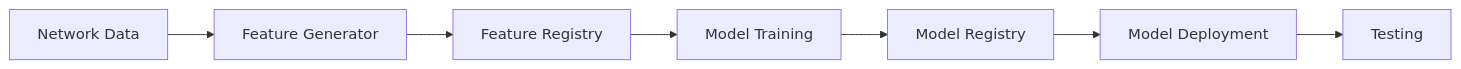
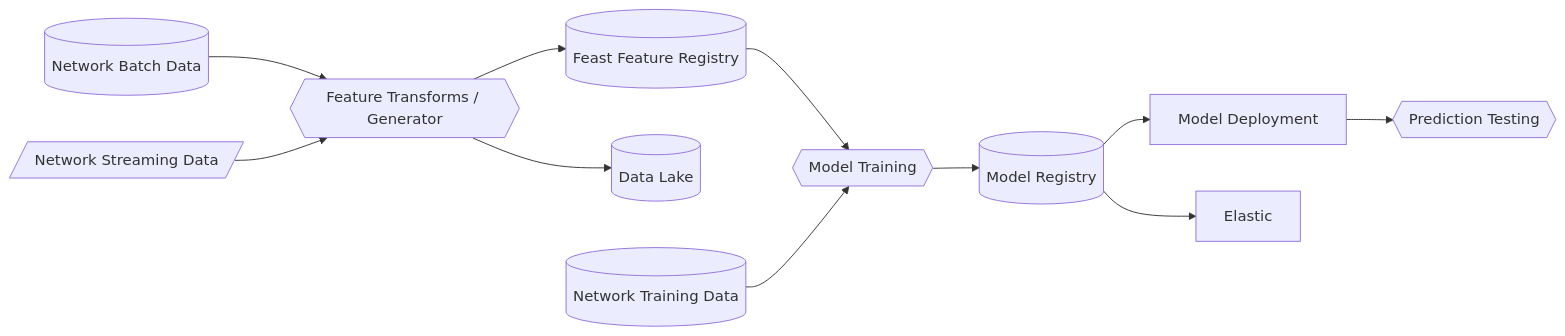
The diagram in pipeline.md (jedmitten/mpcap_classification), drawn with Mermaid before and after one commit. The commit also changed 9 other files, not shown here.

Commit message:
added to the pipeline diagram, included make features, and updated the run code

````diff
--- a/pipeline.md
+++ b/pipeline.md
@@ -1,9 +1,15 @@
 ```mermaid
 flowchart LR
-    A[Network Data] --> B[Feature Generator]
-    B --> C[Feature Registry]
-    C --> D[Model Training]
-    D --> E[Model Registry]
-    E --> F[Model Deployment]
-    F --> G[Testing]
+    NBD[(Network Batch Data)]
+    NSD[/Network Streaming Data/]
+    NBD --> FTG{{Feature Transforms / Generator}}
+    NSD --> FTG
+    FTG --> FR[(Feast Feature Registry)]
+    FTG --> DL[(Data Lake)]
+    FR --> ModTrn{{Model Training}}
+    NTD[(Network Training Data)] --> ModTrn
+    ModTrn --> MR[(Model Registry)]
+    MR --> MD[Model Deployment]
+    MD --> PD{{Prediction Testing}}
+    MR --> Elastic[Elastic]
 ```
````
